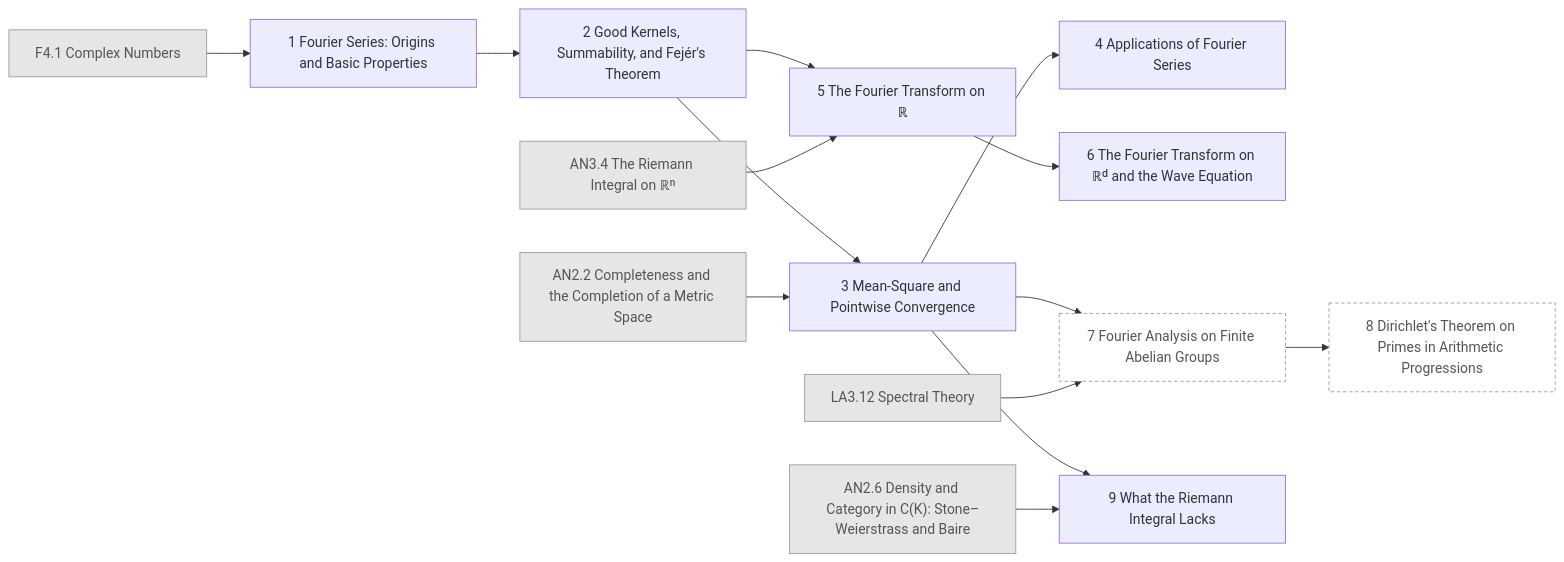
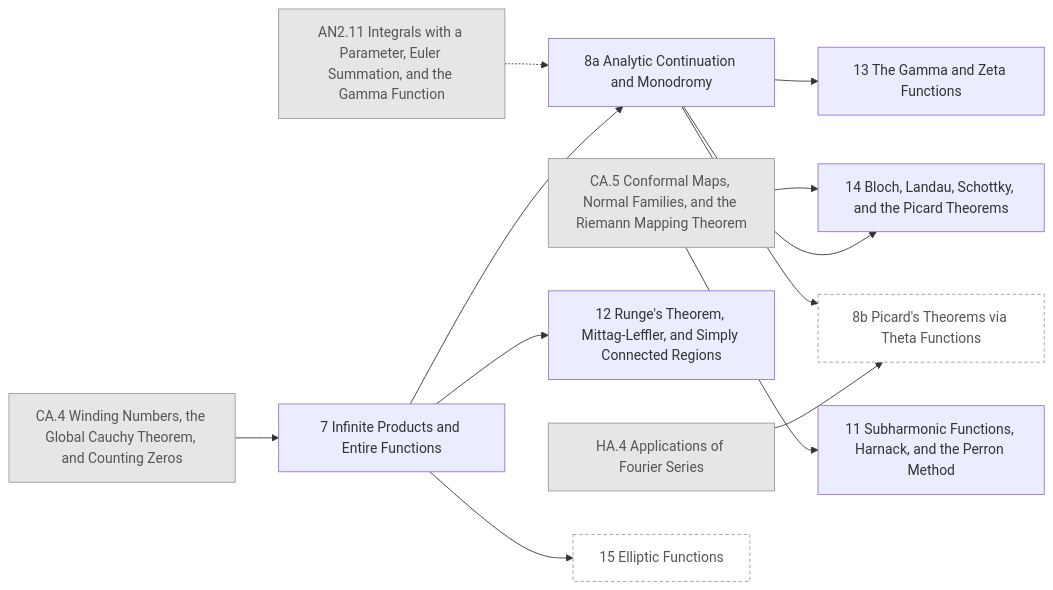
Before and after one commit to AkizumiFox/math-atlas: diagram 18 of 30 in generated/README.md, drawn with Mermaid. The commit also changed other lines of this file and 41 other files, not shown here.

Commit message:
Atlas v2 applied (spec/08 approved): F4 Analytic Preliminaries + F5 Algebraic Preliminaries; analysis line on Apostol's skeleton; CA2, AM, MT per MIRA; new exam targets

````diff
--- a/generated/README.md
+++ b/generated/README.md
@@ -455,33 +532,29 @@
 ```mermaid
 flowchart LR
-  F4_1["F4.1 Complex Numbers"]:::ext
-  LA3_12["LA3.12 Spectral Theory"]:::ext
-  AN2_2["AN2.2 Completeness and the Completion of a Metric Space"]:::ext
-  AN2_6["AN2.6 Density and Category in C(K): Stone–Weierstrass and Baire"]:::ext
-  AN3_4["AN3.4 The Riemann Integral on ℝⁿ"]:::ext
-  HA_1["1 Fourier Series: Origins and Basic Properties"]
-  HA_2["2 Good Kernels, Summability, and Fejér's Theorem"]
-  HA_3["3 Mean-Square and Pointwise Convergence"]
-  HA_4["4 Applications of Fourier Series"]
-  HA_5["5 The Fourier Transform on ℝ"]
-  HA_6["6 The Fourier Transform on ℝᵈ and the Wave Equation"]
-  HA_7["7 Fourier Analysis on Finite Abelian Groups"]:::opt
-  HA_8["8 Dirichlet's Theorem on Primes in Arithmetic Progressions"]:::opt
-  HA_9["9 What the Riemann Integral Lacks"]
-  F4_1 --> HA_1
-  HA_1 --> HA_2
-  AN2_2 --> HA_3
-  HA_2 --> HA_3
-  HA_3 --> HA_4
-  AN3_4 --> HA_5
-  HA_2 --> HA_5
-  HA_5 --> HA_6
-  LA3_12 --> HA_7
-  HA_3 --> HA_7
-  HA_7 --> HA_8
-  AN2_6 --> HA_9
-  HA_3 --> HA_9
+  AN2_11["AN2.11 Integrals with a Parameter, Euler Summation, and the Gamma Function"]:::ext
+  CA_4["CA.4 Winding Numbers, the Global Cauchy Theorem, and Counting Zeros"]:::ext
+  CA_5["CA.5 Conformal Maps, Normal Families, and the Riemann Mapping Theorem"]:::ext
+  HA_4["HA.4 Applications of Fourier Series"]:::ext
+  CA_11["11 Subharmonic Functions, Harnack, and the Perron Method"]
+  CA_7["7 Infinite Products and Entire Functions"]
+  CA_12["12 Runge's Theorem, Mittag-Leffler, and Simply Connected Regions"]
+  CA_8a["8a Analytic Continuation and Monodromy"]
+  CA_13["13 The Gamma and Zeta Functions"]
+  CA_14["14 Bloch, Landau, Schottky, and the Picard Theorems"]
+  CA_15["15 Elliptic Functions"]:::opt
+  CA_8b["8b Picard's Theorems via Theta Functions"]:::opt
+  CA_5 --> CA_11
+  CA_4 --> CA_7
+  CA_7 --> CA_12
+  AN2_11 -.-> CA_8a
+  CA_7 --> CA_8a
+  CA_8a --> CA_13
+  CA_5 --> CA_14
+  CA_8a --> CA_14
+  CA_7 --> CA_15
+  CA_8a --> CA_8b
+  HA_4 --> CA_8b
   classDef ext fill:#e6e6e6,stroke:#999,color:#555
   classDef opt fill:#fff,stroke:#999,stroke-dasharray:4 3,color:#555
   classDef segb fill:#f6f6fb,stroke:#99a,color:#333
 ```
````
